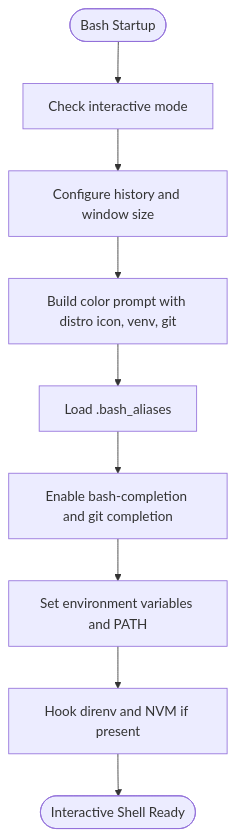
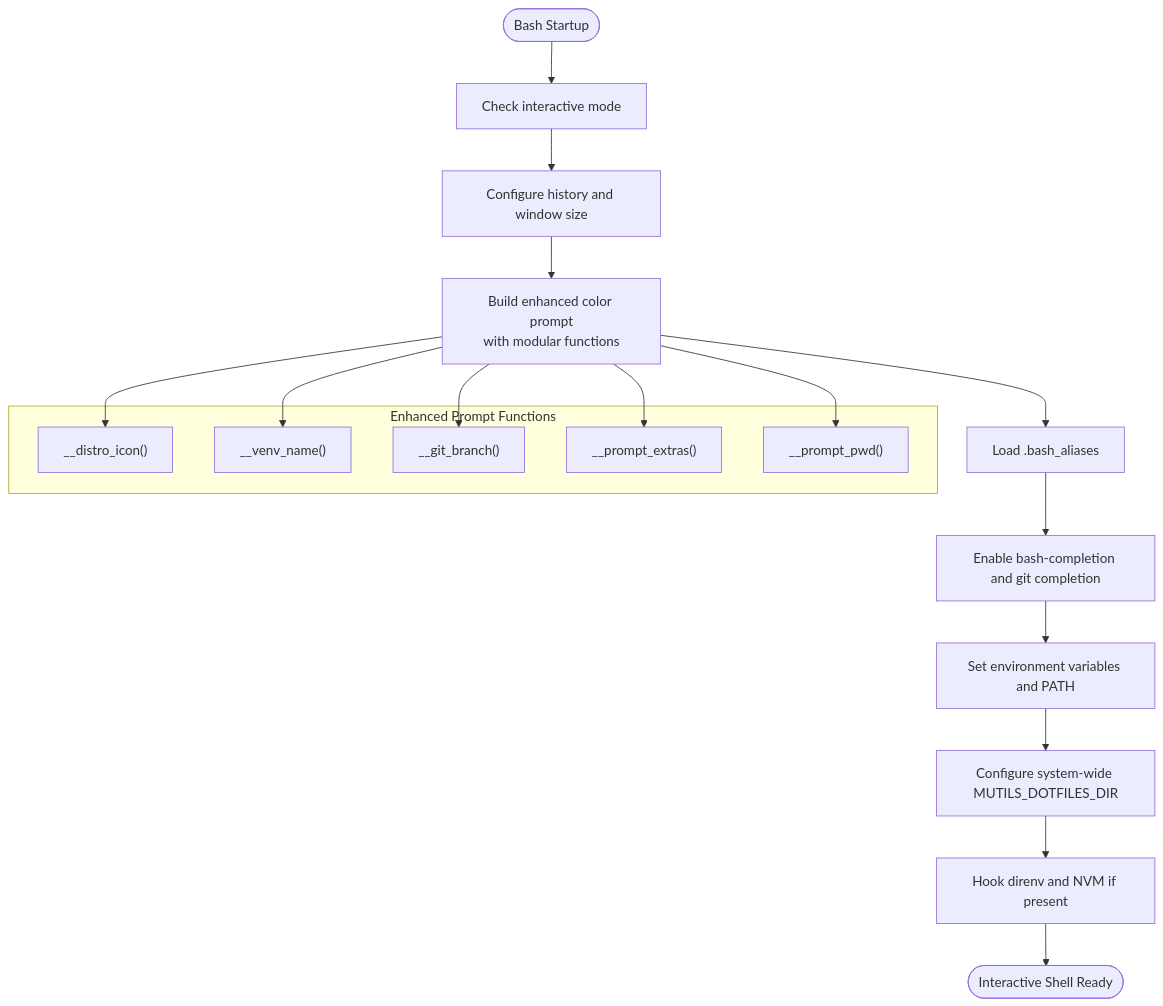
One commit to cr8ivecodesmith/dotfiles changed the third of 13 diagrams in .qoder/repowiki/en/content/Shell Configurations/Shell Configurations.md. Above: the diagram before and after it, drawn with Mermaid. The commit also changed other lines of this file and 5 other files, not shown here.

````diff
--- a/.qoder/repowiki/en/content/Shell Configurations/Shell Configurations.md
+++ b/.qoder/repowiki/en/content/Shell Configurations/Shell Configurations.md
@@ -172,11 +256,24 @@
 ```mermaid
 flowchart TD
 Start(["Bash Startup"]) --> Guard["Check interactive mode"]
 Guard --> Hist["Configure history and window size"]
-Hist --> Prompt["Build color prompt with distro icon, venv, git"]
+Hist --> Prompt["Build enhanced color prompt<br/>with modular functions"]
 Prompt --> Aliases["Load .bash_aliases"]
 Aliases --> Completion["Enable bash-completion and git completion"]
 Completion --> Env["Set environment variables and PATH"]
-Env --> Hooks["Hook direnv and NVM if present"]
+Env --> SysEnv["Configure system-wide MUTILS_DOTFILES_DIR"]
+SysEnv --> Hooks["Hook direnv and NVM if present"]
 Hooks --> End(["Interactive Shell Ready"])
+subgraph "Enhanced Prompt Functions"
+Distro["__distro_icon()"]
+Venv["__venv_name()"]
+Git["__git_branch()"]
+Extras["__prompt_extras()"]
+Pwd["__prompt_pwd()"]
+end
+Prompt --> Distro
+Prompt --> Venv
+Prompt --> Git
+Prompt --> Extras
+Prompt --> Pwd
 ```
````
